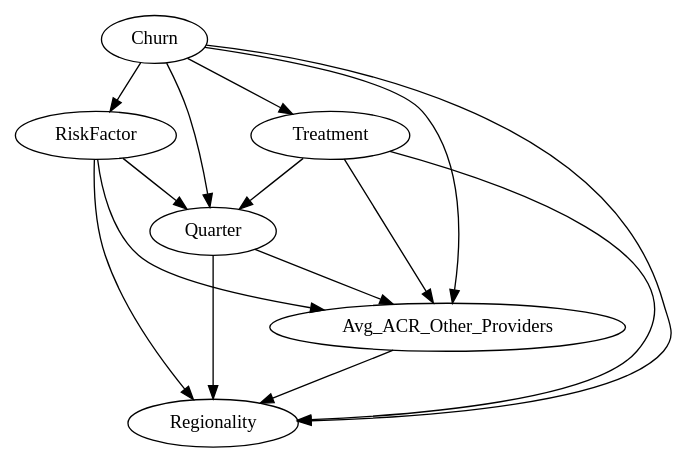
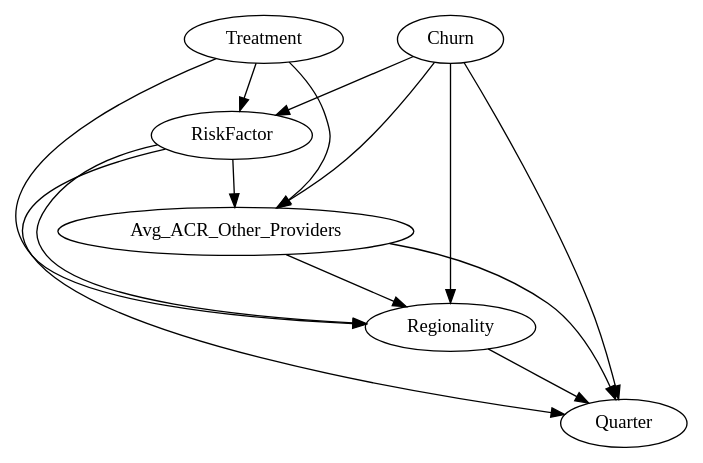
The diagram in checkpoints/NOTEARS_DAG_definition/NOTEARS_DAG_causal_structure_model.dot (pyk-1908/team3), drawn with Graphviz before and after one commit. The commit also changed 13 other files, not shown here.

```diff
--- a/checkpoints/NOTEARS_DAG_definition/NOTEARS_DAG_causal_structure_model.dot
+++ b/checkpoints/NOTEARS_DAG_definition/NOTEARS_DAG_causal_structure_model.dot
@@ -1,22 +1,21 @@
 strict digraph {
 Quarter;
 RiskFactor;
 Regionality;
 Treatment;
 Avg_ACR_Other_Providers;
 Churn;
-Quarter -> Regionality [origin=learned, weight=2.9436635284050197];
-Quarter -> Avg_ACR_Other_Providers [origin=learned, weight=1.2201793345345224];
-RiskFactor -> Quarter [origin=learned, weight="-1.5858929009906921"];
-RiskFactor -> Regionality [origin=learned, weight="-3.351801065216877"];
-RiskFactor -> Avg_ACR_Other_Providers [origin=learned, weight="-1.1174417293757515"];
-Treatment -> Quarter [origin=learned, weight="-0.465662941686546"];
-Treatment -> Regionality [origin=learned, weight=0.5815919321510599];
-Treatment -> Avg_ACR_Other_Providers [origin=learned, weight="-4.643212746560366"];
-Avg_ACR_Other_Providers -> Regionality [origin=learned, weight="-3.7940761981464437"];
-Churn -> Quarter [origin=learned, weight=2.2339467879355785];
-Churn -> RiskFactor [origin=learned, weight=4.418356453008987];
-Churn -> Regionality [origin=learned, weight="-0.623635285650917"];
-Churn -> Treatment [origin=learned, weight="-1.608523080916491"];
-Churn -> Avg_ACR_Other_Providers [origin=learned, weight=2.5370038940944193];
+RiskFactor -> Quarter [origin=learned, weight=0.6293157404738965];
+RiskFactor -> Regionality [origin=learned, weight=3.8636016993116074];
+RiskFactor -> Avg_ACR_Other_Providers [origin=learned, weight=0.6936093172064389];
+Regionality -> Quarter [origin=learned, weight=7.286078122251259];
+Treatment -> RiskFactor [origin=learned, weight=0.10209921366609086];
+Treatment -> Regionality [origin=learned, weight=0.5789774953942768];
+Treatment -> Avg_ACR_Other_Providers [origin=learned, weight=0.3147785283487345];
+Avg_ACR_Other_Providers -> Quarter [origin=learned, weight=0.24955014947901838];
+Avg_ACR_Other_Providers -> Regionality [origin=learned, weight="-1.2783366267629315"];
+Churn -> Quarter [origin=learned, weight=10.795674239270939];
+Churn -> RiskFactor [origin=learned, weight=6.280150670500064];
+Churn -> Regionality [origin=learned, weight=14.763173541387532];
+Churn -> Avg_ACR_Other_Providers [origin=learned, weight=0.6182893440666619];
 }
```
